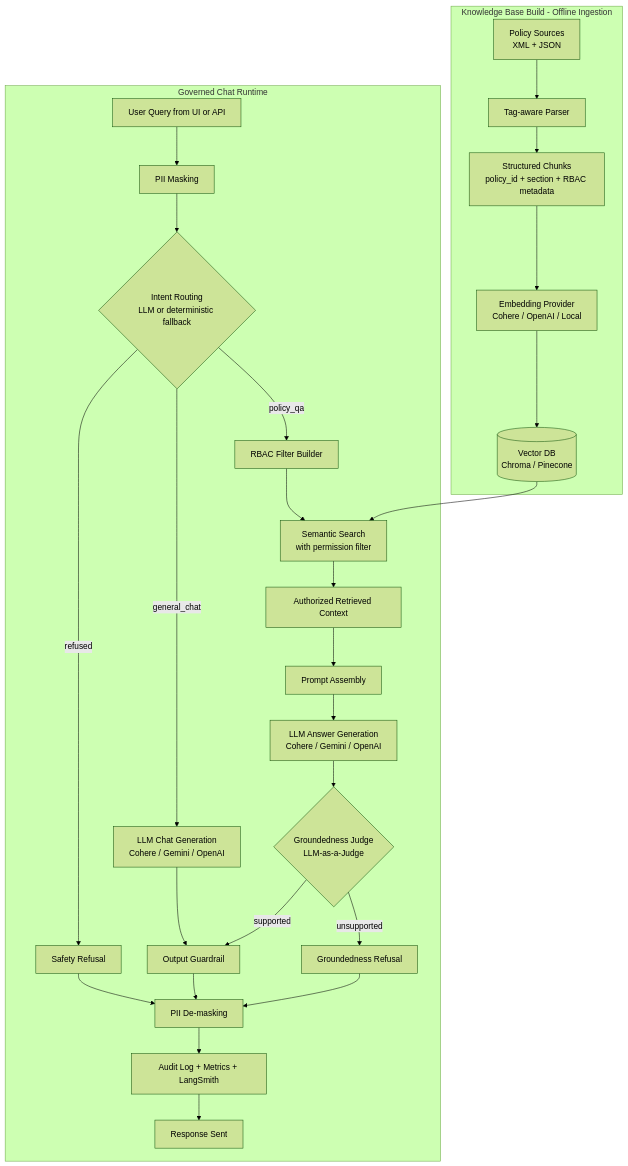
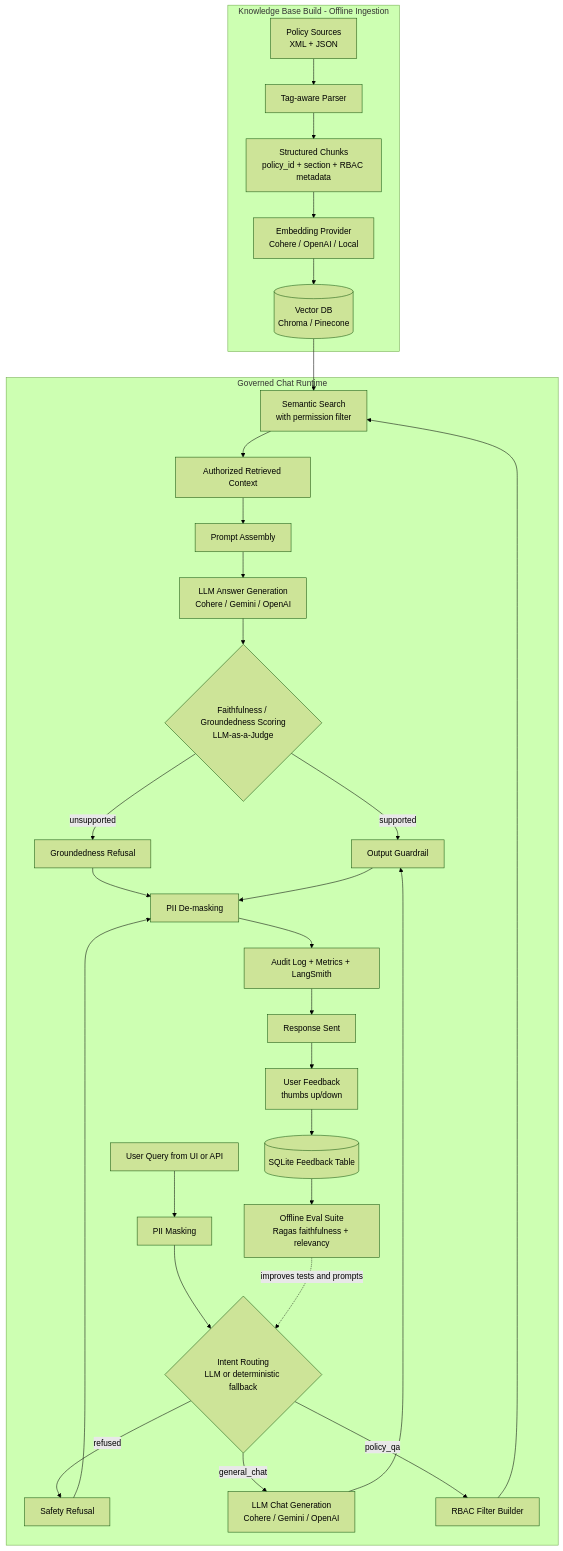
Before and after one commit to khushboovdesai/Ask-Governed-RAG-Chatbot: the diagram in README.md, drawn with Mermaid (forest theme). The commit also changed other lines of this file, not shown here.

Commit message:
docs: show feedback and scoring loop in README
Update the high-level flow to call out faithfulness/groundedness scoring, UI feedback capture, SQLite feedback storage, and how feedback informs offline Ragas evaluations.

````diff
--- a/README.md
+++ b/README.md
@@ -63,32 +63,36 @@
 ```mermaid
 flowchart TD
     subgraph INGEST[Knowledge Base Build - Offline Ingestion]
         SRC[Policy Sources<br/>XML + JSON] --> PARSE[Tag-aware Parser]
         PARSE --> CHUNK[Structured Chunks<br/>policy_id + section + RBAC metadata]
         CHUNK --> EMB[Embedding Provider<br/>Cohere / OpenAI / Local]
         EMB --> V[(Vector DB<br/>Chroma / Pinecone)]
     end
 
     subgraph CHAT[Governed Chat Runtime]
         U[User Query from UI or API] --> M[PII Masking]
         M --> R{Intent Routing<br/>LLM or deterministic fallback}
         R -->|refused| X[Safety Refusal]
         R -->|general_chat| G[LLM Chat Generation<br/>Cohere / Gemini / OpenAI]
         R -->|policy_qa| A[RBAC Filter Builder]
         A --> SEARCH[Semantic Search<br/>with permission filter]
         SEARCH --> C[Authorized Retrieved Context]
         C --> P[Prompt Assembly]
         P --> L[LLM Answer Generation<br/>Cohere / Gemini / OpenAI]
         G --> O[Output Guardrail]
-        L --> J{Groundedness Judge<br/>LLM-as-a-Judge}
+        L --> J{Faithfulness / Groundedness Scoring<br/>LLM-as-a-Judge}
         J -->|supported| O
         J -->|unsupported| F[Groundedness Refusal]
         X --> D[PII De-masking]
         F --> D
         O --> D
         D --> LOG[Audit Log + Metrics + LangSmith]
         LOG --> RSP[Response Sent]
+        RSP --> FB[User Feedback<br/>thumbs up/down]
+        FB --> FDB[(SQLite Feedback Table)]
+        FDB --> EVAL[Offline Eval Suite<br/>Ragas faithfulness + relevancy]
+        EVAL -. improves tests and prompts .-> R
     end
 
     V --> SEARCH
 ```
````
